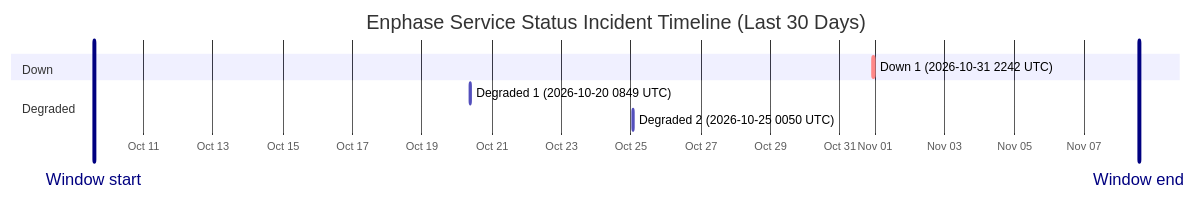
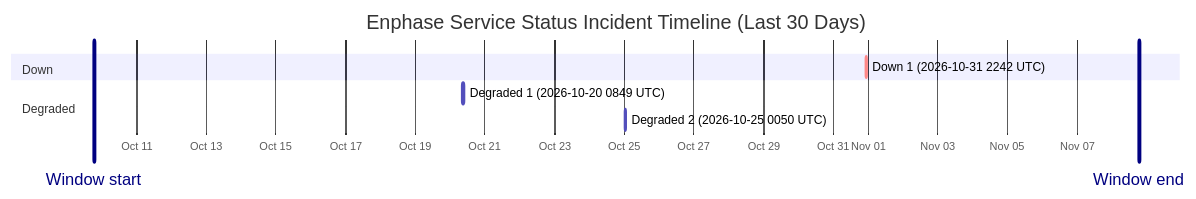
Before and after one commit to barneyonline/ha-enphase-energy: the diagram in wiki/Service-Status-History.md, drawn with Mermaid. The commit also changed other lines of this file and 3 other files, not shown here.

````diff
--- a/wiki/Service-Status-History.md
+++ b/wiki/Service-Status-History.md
@@ -14,13 +14,13 @@
 ```mermaid
 gantt
     title Enphase Service Status Incident Timeline (Last 30 Days)
     dateFormat  YYYY-MM-DDTHH:mm:ss
     axisFormat  %b %d
-    Window start :vert, window-start, 2026-10-09T13:47:17, 0ms
-    Window end :vert, window-end, 2026-11-08T13:47:17, 0ms
+    Window start :vert, window-start, 2026-10-09T18:39:18, 0ms
+    Window end :vert, window-end, 2026-11-08T18:39:18, 0ms
     section Down
     Down 1 (2026-10-31 2242 UTC) :crit, down-1, 2026-10-31T22:42:18, 60m
     section Degraded
     Degraded 1 (2026-10-20 0849 UTC) :active, degraded-1, 2026-10-20T08:49:49, 60m
     Degraded 2 (2026-10-25 0050 UTC) :active, degraded-2, 2026-10-25T00:50:01, 60m
 ```
````
